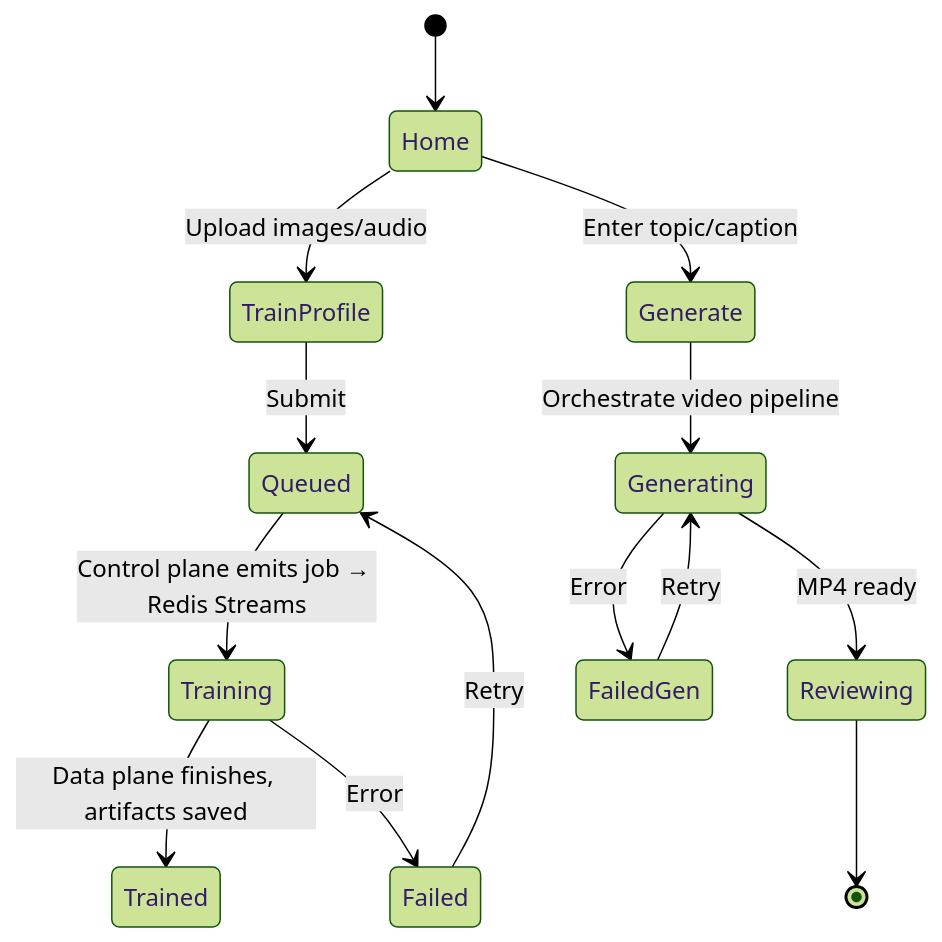
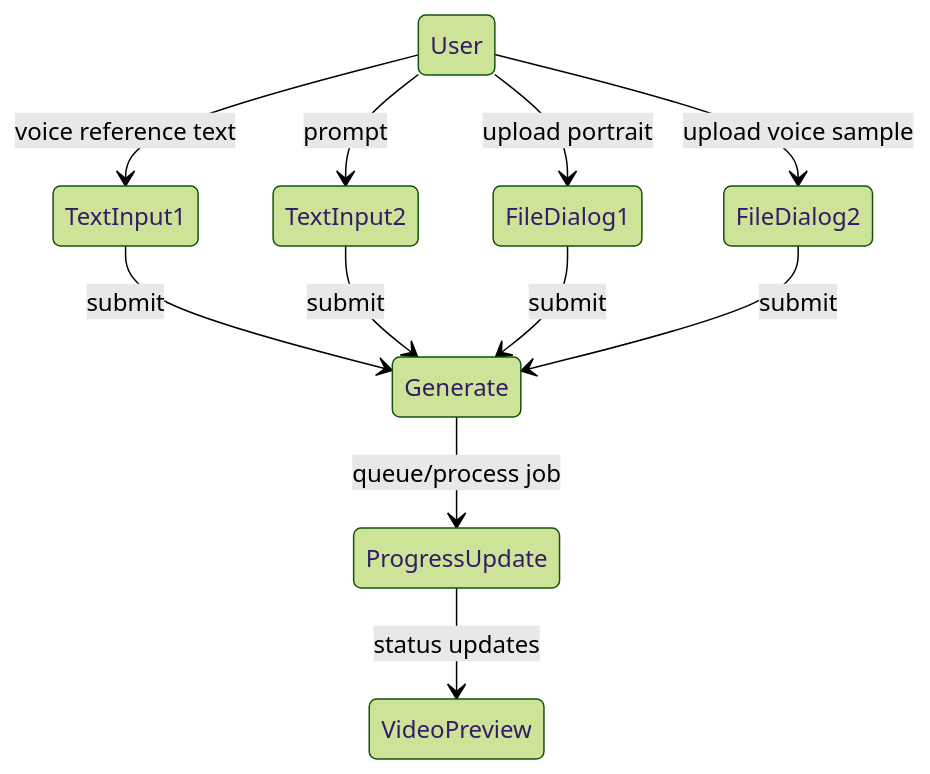
The eighth of 8 diagrams in docs/02_architecture_overview.md (ktzevani/myspinbot), drawn with Mermaid (forest theme) before and after one commit. The commit also changed other lines of this file and 2 other files, not shown here.

````diff
--- a/docs/02_architecture_overview.md
+++ b/docs/02_architecture_overview.md
@@ -283,20 +402,13 @@
 ```mermaid
 stateDiagram-v2
-    [*] --> Home
-
-    %% Training branch
-    Home --> TrainProfile : Upload images/audio
-    TrainProfile --> Queued : Submit
-    Queued --> Training : Control plane emits job → Redis Streams
-    Training --> Trained : Data plane finishes, artifacts saved
-    Training --> Failed : Error
-    Failed --> Queued : Retry
-
-    %% Generation branch (planned)
-    Home --> Generate : Enter topic/caption
-    Generate --> Generating : Orchestrate video pipeline
-    Generating --> Reviewing : MP4 ready
-    Reviewing --> [*]
-    Generating --> FailedGen : Error
-    FailedGen --> Generating : Retry
+    User --> FileDialog1 : upload portrait
+    User --> FileDialog2 : upload voice sample
+    User --> TextInput1 : voice reference text
+    User --> TextInput2 : prompt 
+    TextInput1 --> Generate : submit 
+    TextInput2 --> Generate : submit 
+    FileDialog1 --> Generate : submit 
+    FileDialog2 --> Generate : submit 
+    Generate --> ProgressUpdate : queue/process job
+    ProgressUpdate --> VideoPreview : status updates
 ```
````
